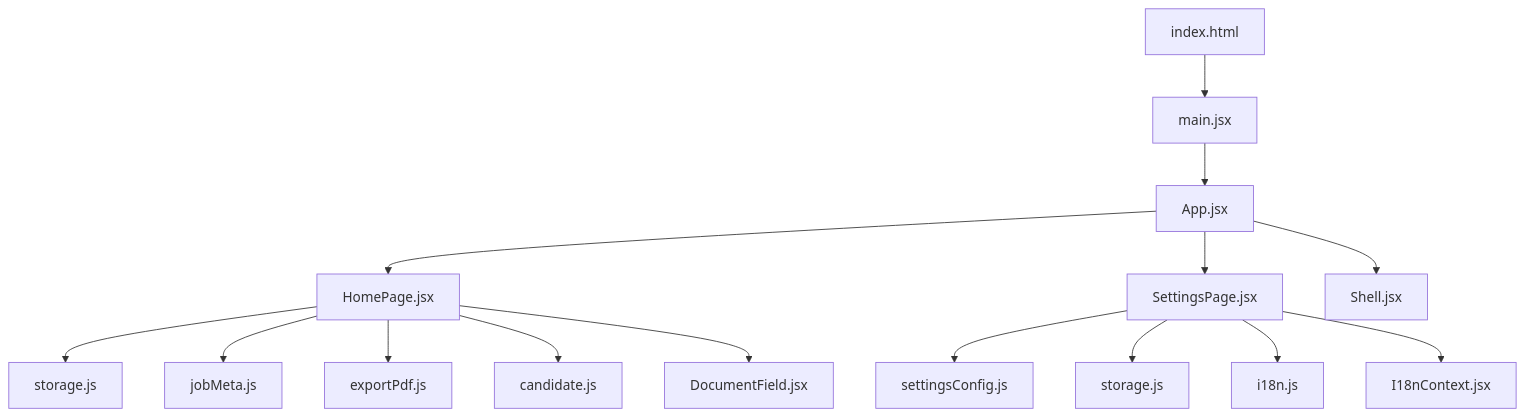
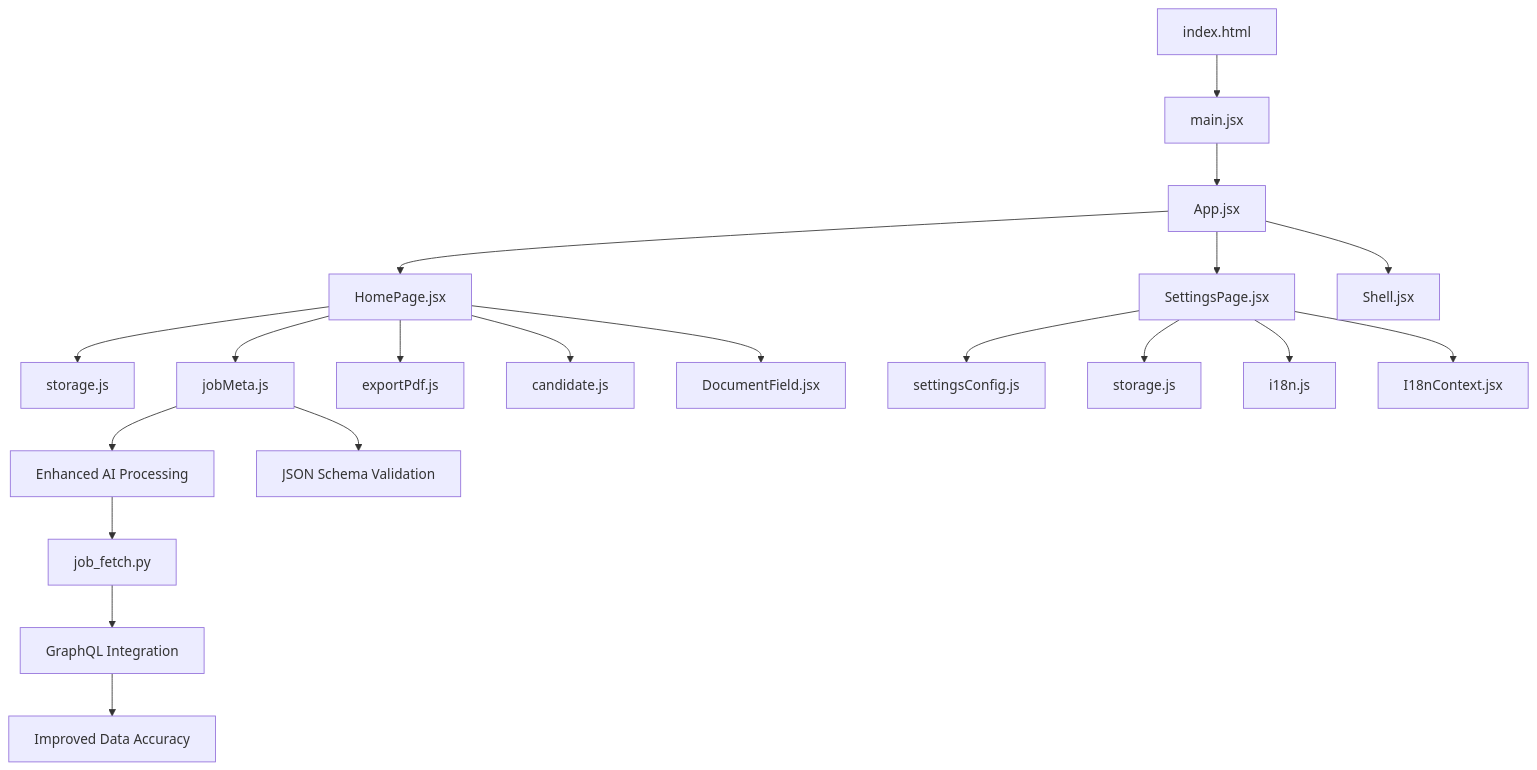
Before and after one commit to zmyeo54/briefroom: the first of 12 diagrams in .qoder/repowiki/en/content/Core Features/Job Application Management.md, drawn with Mermaid. The commit also changed other lines of this file and 42 other files, not shown here.

First line of the commit message:
feat(job-application): enhance job metadata extraction and processing capabilities

````diff
--- a/.qoder/repowiki/en/content/Core Features/Job Application Management.md
+++ b/.qoder/repowiki/en/content/Core Features/Job Application Management.md
@@ -43,17 +55,22 @@
 ```mermaid
 graph TB
 A["index.html"] --> B["main.jsx"]
 B --> C["App.jsx"]
 C --> D["HomePage.jsx"]
 C --> E["SettingsPage.jsx"]
 C --> F["Shell.jsx"]
 D --> G["storage.js"]
 D --> H["jobMeta.js"]
 D --> I["exportPdf.js"]
 E --> J["settingsConfig.js"]
 E --> K["storage.js"]
 D --> L["candidate.js"]
 E --> M["i18n.js"]
 E --> N["I18nContext.jsx"]
 D --> O["DocumentField.jsx"]
+H --> P["Enhanced AI Processing"]
+H --> Q["JSON Schema Validation"]
+P --> R["job_fetch.py"]
+R --> S["GraphQL Integration"]
+S --> T["Improved Data Accuracy"]
 ```
````
